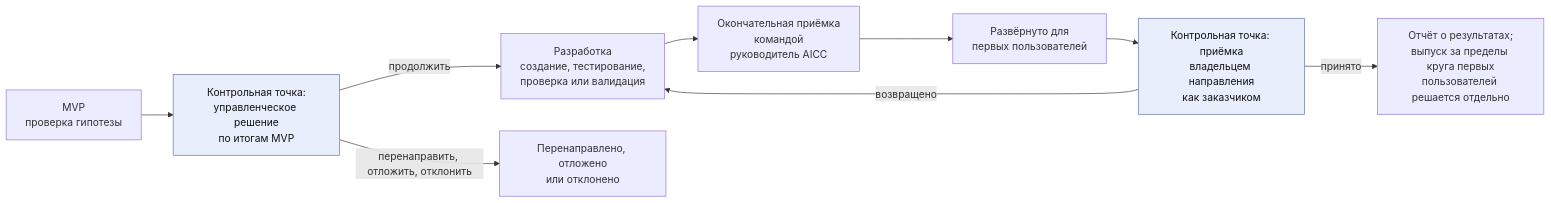
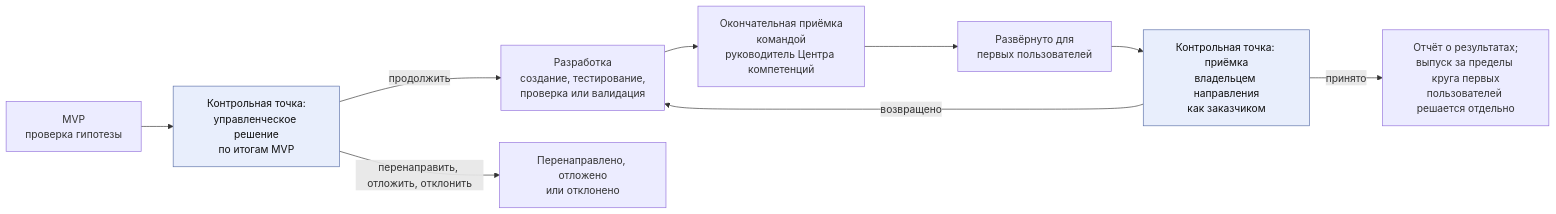
Before and after one commit to devhogu/ob-aicc: the second of 3 diagrams in charter/ru/workflows/engagement.md, drawn with Mermaid. The commit also changed other lines of this file and 1149 other files, not shown here.

````diff
--- a/charter/ru/workflows/engagement.md
+++ b/charter/ru/workflows/engagement.md
@@ -38,13 +38,13 @@
 ```mermaid
 flowchart LR
   MV["MVP<br/>проверка гипотезы"] --> DM["Контрольная точка:<br/>управленческое решение<br/>по итогам MVP"]
   DM -->|"продолжить"| DL["Разработка<br/>создание, тестирование,<br/>проверка или валидация"]
   DM -->|"перенаправить, отложить, отклонить"| DR["Перенаправлено, отложено<br/>или отклонено"]
-  DL --> TF["Окончательная приёмка<br/>командой<br/>руководитель AICC"]
+  DL --> TF["Окончательная приёмка<br/>командой<br/>руководитель Центра компетенций"]
   TF --> FU["Развёрнуто для<br/>первых пользователей"]
   FU --> BA["Контрольная точка: приёмка<br/>владельцем направления<br/>как заказчиком"]
   BA -->|"возвращено"| DL
   BA -->|"принято"| OR["Отчёт о результатах;<br/>выпуск за пределы круга первых<br/>пользователей решается отдельно"]
   classDef gate fill:#e8eefc,stroke:#5a6fa8,color:#111
   class DM,BA gate
 ```
````
